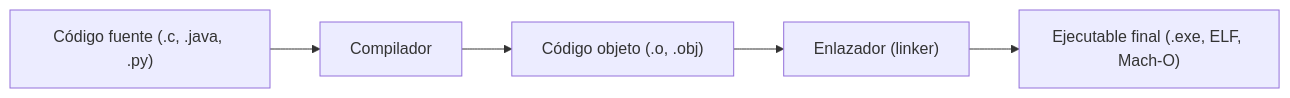
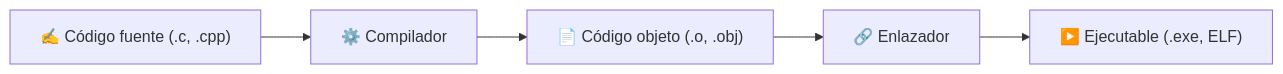
Before and after one commit to aitorventura/entornos-de-desarrollo: the first of 3 diagrams in docs/tema1/codigo.md, drawn with Mermaid. The commit also changed other lines of this file and 68 other files, not shown here.

````diff
--- a/docs/tema1/codigo.md
+++ b/docs/tema1/codigo.md
@@ -13,8 +21,7 @@
-```mermaid
-flowchart LR
-  A["Código fuente (.c, .java, .py)"]
-    --> B["Compilador"]
-    --> C["Código objeto (.o, .obj)"]
-    --> D["Enlazador (linker)"]
-    --> E["Ejecutable final (.exe, ELF, Mach-O)"]
-```
+    ```mermaid
+    flowchart LR
+    SRC["✍️ Código fuente (.c, .cpp)"] --> COMP["⚙️ Compilador"]
+    COMP --> OBJ["📄 Código objeto (.o, .obj)"]
+    OBJ --> LINK["🔗 Enlazador"]
+    LINK --> EXE["▶️ Ejecutable (.exe, ELF)"]
+    ```
````
